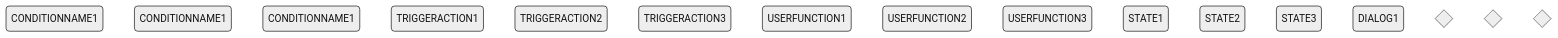
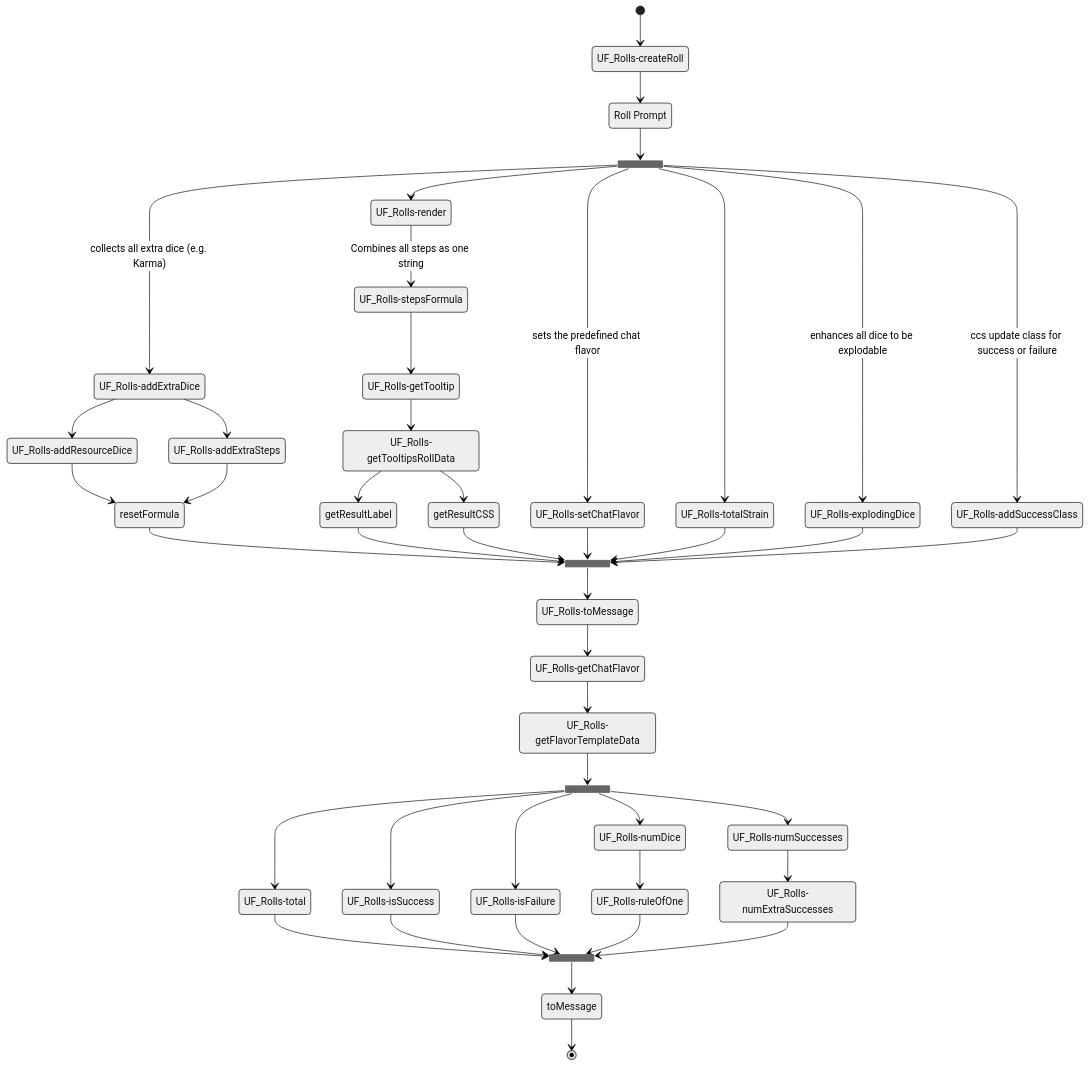
One commit to patrickmohrmann/earthdawn4eV2 changed the diagram in documentation/Use Cases/UC_EdRoll.md. Above: the diagram before and after it, drawn with Mermaid (neutral theme). The commit also changed 3 other files, not shown here.

````diff
--- a/documentation/Use Cases/UC_EdRoll.md
+++ b/documentation/Use Cases/UC_EdRoll.md
@@ -10,46 +10,157 @@
     classDef userFunction font-style:italic,font-weight:bold,fill:lightblue
     classDef userFunctionReturn font-style:italic,font-weight:bold,fill:aqua
     classDef dialog font-style:italic,font-weight:bold,fill:orange
+    classDef subUseCase font-style:italic,font-weight:bold,fill:violet
 
     ###################### status #######################
 
-    condition1: CONDITIONNAME1
-    condition2: CONDITIONNAME1
-    condition3: CONDITIONNAME1
+    triggerAction1: UF_Rolls-createRoll
 
-    triggerAction1: TRIGGERACTION1
-    triggerAction2: TRIGGERACTION2
-    triggerAction3: TRIGGERACTION3
+    userFunction1: UF_Rolls-setChatFlavor
+    userFunction2: UF_Rolls-numDice
+    userFunction3: UF_Rolls-totalStrain
+    userFunction4: UF_Rolls-getChatFlavor
+    userFunction5: UF_Rolls-stepsFormula
+    userFunction6: UF_Rolls-explodingDice
+    userFunction7: UF_Rolls-addExtraDice
+    userFunction8: UF_Rolls-addResourceDice
+    userFunction9: UF_Rolls-addExtraSteps
+    userFunction10: UF_Rolls-addSuccessClass
+    userFunction11: UF_Rolls-getTooltipsRollData
+    userFunction12: UF_Rolls-getTooltip
+    userFunction13: UF_Rolls-render
 
-    userFunction1: USERFUNCTION1
-    userFunction2: USERFUNCTION2
-    userFunction3: USERFUNCTION3
+    userFunction14: UF_Rolls-getFlavorTemplateData
+    userFunction15: UF_Rolls-total
+    userFunction16: UF_Rolls-isSuccess
+    userFunction17: UF_Rolls-isFailure
+    userFunction18: UF_Rolls-ruleOfOne
+    userFunction19: UF_Rolls-numSuccesses
+    userFunction20: UF_Rolls-numExtraSuccesses
 
-    state1: STATE1
-    state2: STATE2
-    state3: STATE3
+    userFunction21: UF_Rolls-toMessage
+    
 
-    dialog1: DIALOG1
+    foundryCore1: toMessage
+    foundryCore2: resetFormula
+    foundryCore3: getResultLabel
+    foundryCore4: getResultCSS
 
+    dialog1: Roll Prompt
+
+   
     ####################### Decisions #######################
+  
+    state fork_state1 <<fork>>
+    state fork_state2 <<fork>>
 
-    state DECISION1 <<choice>>
-    state DECISION2 <<choice>>
-    state DECISION3 <<choice>>
+    state join_state1 <<join>>
+    state join_state2 <<join>>
 
     ######################## Colorations ######################
 
     triggerAction1:::fromOutside
-    triggerAction2:::fromOutside
-    triggerAction3:::fromOutside
 
+    userFunction1:::userFunction
     userFunction1:::userFunction
     userFunction2:::userFunction
     userFunction3:::userFunction
+    userFunction4:::userFunction
+    userFunction5:::userFunction
+    userFunction6:::userFunction
+    userFunction7:::userFunction
+    userFunction8:::userFunction
+    userFunction9:::userFunction
+    userFunction10:::userFunction
+    userFunction11:::userFunction
+    userFunction12:::userFunction
+    userFunction13:::userFunction
+    userFunction14:::userFunction
+    userFunction15:::userFunction
+    userFunction16:::userFunction
+    userFunction17:::userFunction
+    userFunction18:::userFunction
+    userFunction19:::userFunction
+    userFunction20:::userFunction
+    userFunction21:::userFunction
+
+
 
     dialog1:::dialog
 
+    foundryCore1:::foundryCore
+    foundryCore2:::foundryCore
+    foundryCore3:::foundryCore
+    foundryCore4:::foundryCore
+
     ##################### StateDiagram ########################
 
-    
+
+[*] --> triggerAction1
+
+triggerAction1 --> dialog1
+dialog1 --> fork_state1
+
+fork_state1 --> userFunction1: sets the predefined chat flavor
+fork_state1 --> userFunction3
+
+fork_state1 --> userFunction6: enhances all dice to be explodable
+fork_state1 --> userFunction7: collects all extra dice (e.g. Karma)
+fork_state1 --> userFunction10: ccs update class for success or failure
+
+fork_state1 --> userFunction13
+
+userFunction7 --> userFunction8
+userFunction7 --> userFunction9
+
+userFunction8 --> foundryCore2
+userFunction9 --> foundryCore2
+
+foundryCore2 --> join_state1
+
+userFunction13 --> userFunction5: Combines all steps as one string
+userFunction5 --> userFunction12
+
+userFunction12 --> userFunction11
+
+userFunction11 --> foundryCore3
+userFunction11 --> foundryCore4
+
+foundryCore3 --> join_state1
+foundryCore4 --> join_state1
+
+userFunction1 --> join_state1
+userFunction3 --> join_state1
+userFunction6 --> join_state1
+userFunction10 --> join_state1
+
+
+userFunction4 --> userFunction14
+userFunction14 --> fork_state2
+
+fork_state2 --> userFunction15
+fork_state2 --> userFunction16
+fork_state2 --> userFunction17
+
+fork_state2 --> userFunction19
+
+
+userFunction15 --> join_state2
+userFunction16 --> join_state2
+userFunction17 --> join_state2
+userFunction18 --> join_state2
+userFunction20 --> join_state2
+
+fork_state2 --> userFunction2
+userFunction2 --> userFunction18
+
+userFunction19 --> userFunction20
+
+join_state1 --> userFunction21
+
+userFunction21 --> userFunction4
+
+join_state2 --> foundryCore1
+
+foundryCore1 --> [*]
 ```
````
